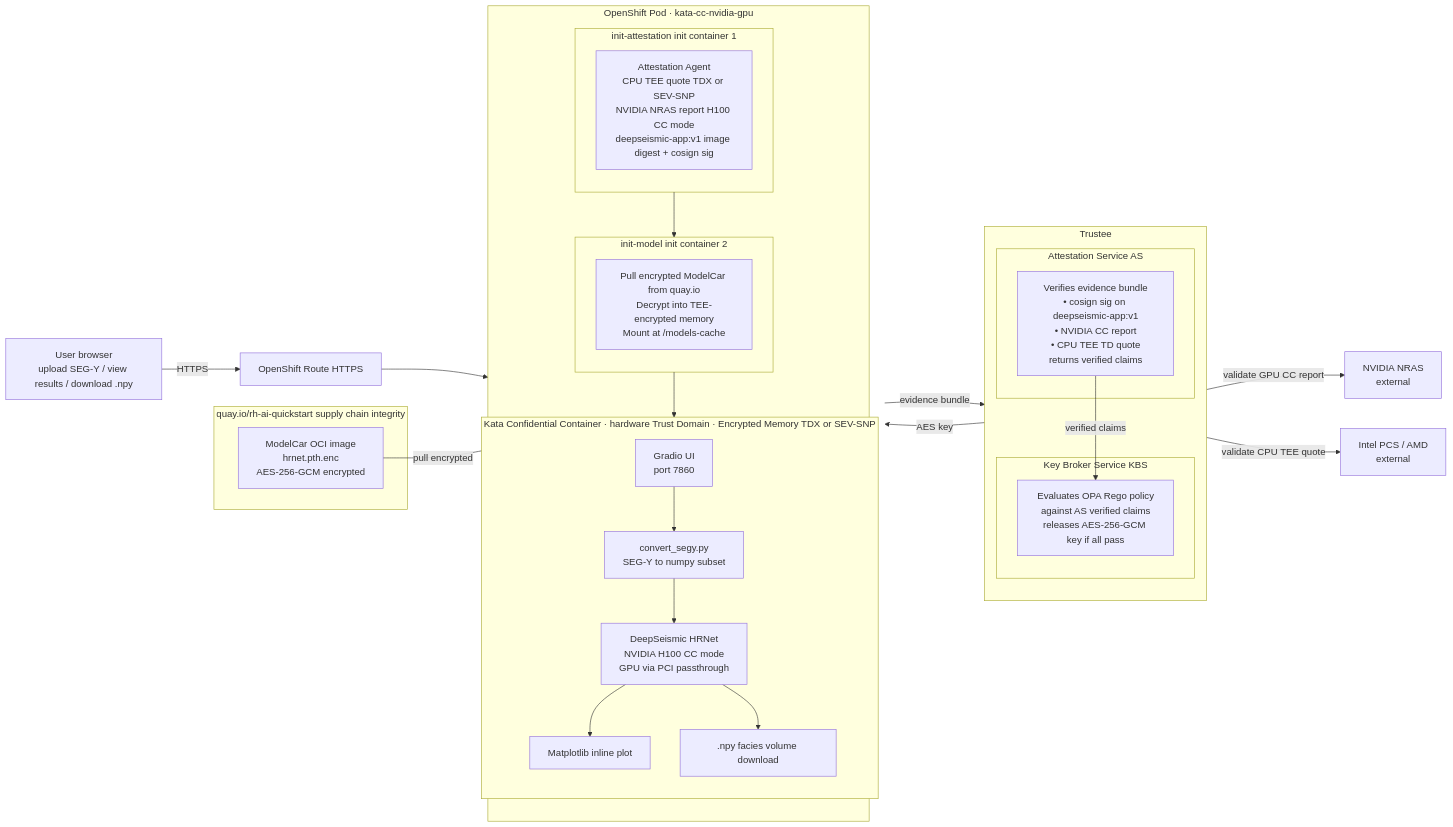
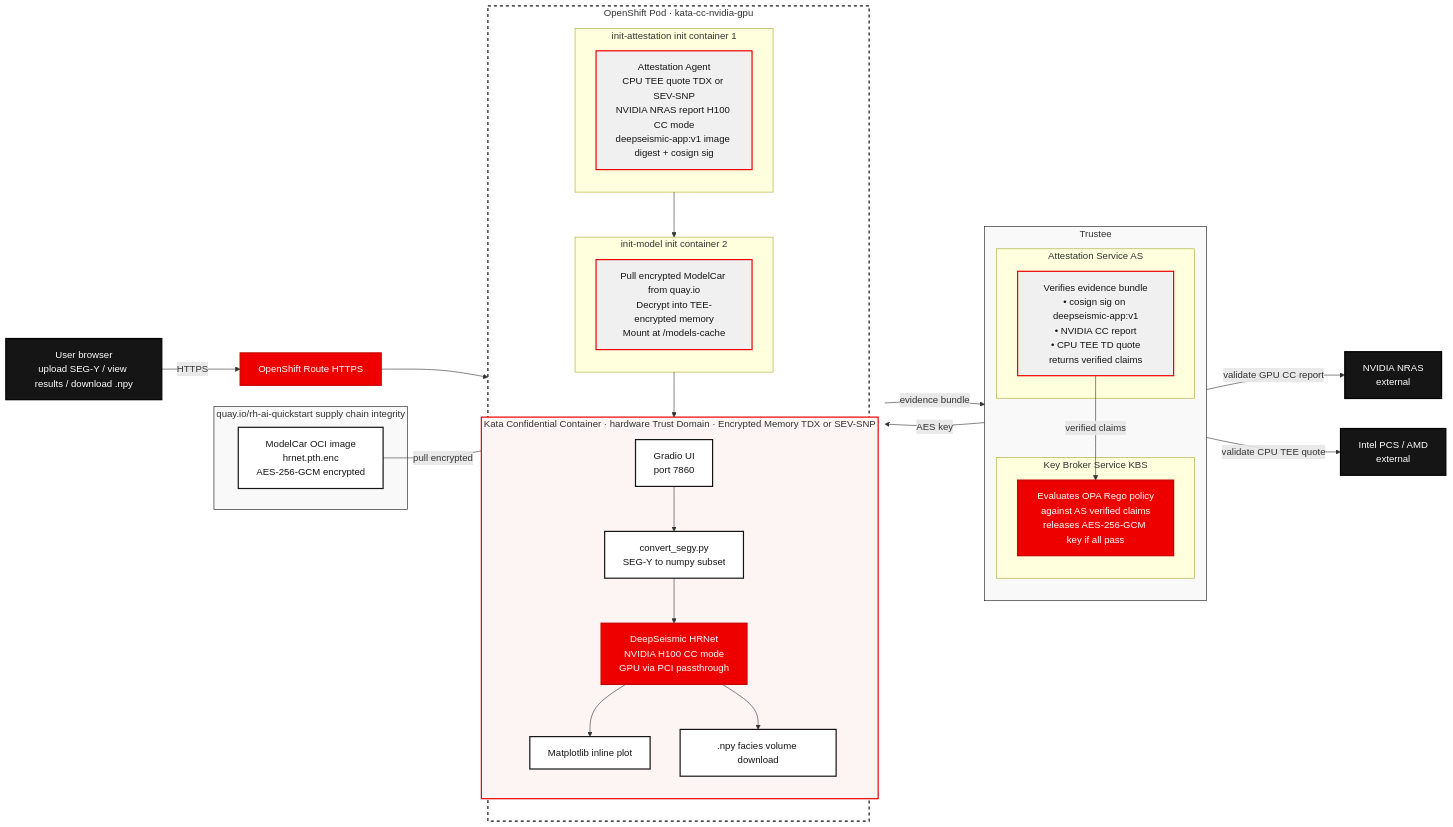
One commit to lkatalin/confidential-gpu-accelerated-seismic-interpretation changed the diagram in README.md. Above: the diagram before and after it, drawn with Mermaid.

Commit message:
feat: add mermain formatting from Matthew

````diff
--- a/README.md
+++ b/README.md
@@ -125,51 +125,63 @@
 ```mermaid
 flowchart LR
-    Browser["User browser\nupload SEG-Y / view results / download .npy"]
-    Route["OpenShift Route HTTPS"]
+    %% Red Hat Class Definitions
+    classDef default fill:#F0F0F0,stroke:#EE0000,stroke-width:2px,color:#151515;
+    classDef rhRed fill:#EE0000,stroke:#C90000,stroke-width:2px,color:#FFFFFF;
+    classDef rhBlack fill:#151515,stroke:#000000,stroke-width:2px,color:#FFFFFF;
+    classDef rhOutline fill:#FFFFFF,stroke:#151515,stroke-width:2px,color:#151515;
+
+    Browser["User browser\nupload SEG-Y / view results / download .npy"]:::rhBlack
+    Route["OpenShift Route HTTPS"]:::rhRed
     Browser -->|HTTPS| Route
 
     subgraph Quay["quay.io/rh-ai-quickstart  supply chain integrity"]
-        ModelCar["ModelCar OCI image\nhrnet.pth.enc\nAES-256-GCM encrypted"]
+        ModelCar["ModelCar OCI image\nhrnet.pth.enc\nAES-256-GCM encrypted"]:::rhOutline
     end
 
     subgraph Trustee["Trustee"]
         direction TB
         subgraph AS["Attestation Service AS"]
-            ASVerify["Verifies evidence bundle\n• cosign sig on deepseismic-app:v1\n• NVIDIA CC report\n• CPU TEE TD quote\nreturns verified claims"]
+            ASVerify["Verifies evidence bundle\n• cosign sig on deepseismic-app:v1\n• NVIDIA CC report\n• CPU TEE TD quote\nreturns verified claims"]:::default
         end
         subgraph KBS["Key Broker Service KBS"]
-            KBSPolicy["Evaluates OPA Rego policy\nagainst AS verified claims\nreleases AES-256-GCM key if all pass"]
+            KBSPolicy["Evaluates OPA Rego policy\nagainst AS verified claims\nreleases AES-256-GCM key if all pass"]:::rhRed
         end
         ASVerify -->|verified claims| KBSPolicy
     end
 
-    NRAS["NVIDIA NRAS\nexternal"]
-    PCS["Intel PCS / AMD\nexternal"]
+    NRAS["NVIDIA NRAS\nexternal"]:::rhBlack
+    PCS["Intel PCS / AMD\nexternal"]:::rhBlack
     ASVerify -->|validate GPU CC report| NRAS
     ASVerify -->|validate CPU TEE quote| PCS
 
     subgraph Pod["OpenShift Pod · kata-cc-nvidia-gpu"]
         direction TB
         subgraph Init1["init-attestation  init container 1"]
-            Agent["Attestation Agent\nCPU TEE quote TDX or SEV-SNP\nNVIDIA NRAS report H100 CC mode\ndeepseismic-app:v1 image digest + cosign sig"]
+            Agent["Attestation Agent\nCPU TEE quote TDX or SEV-SNP\nNVIDIA NRAS report H100 CC mode\ndeepseismic-app:v1 image digest + cosign sig"]:::default
         end
         subgraph Init2["init-model  init container 2"]
-            ModelPull["Pull encrypted ModelCar from quay.io\nDecrypt into TEE-encrypted memory\nMount at /models-cache"]
+            ModelPull["Pull encrypted ModelCar from quay.io\nDecrypt into TEE-encrypted memory\nMount at /models-cache"]:::default
         end
         subgraph CC["Kata Confidential Container · hardware Trust Domain · Encrypted Memory TDX or SEV-SNP"]
-            Gradio["Gradio UI\nport 7860"]
-            Convert["convert_segy.py\nSEG-Y to numpy subset"]
-            DeepSeismic["DeepSeismic HRNet\nNVIDIA H100 CC mode\nGPU via PCI passthrough"]
-            Plot["Matplotlib inline plot"]
-            NPY[".npy facies volume download"]
+            Gradio["Gradio UI\nport 7860"]:::rhOutline
+            Convert["convert_segy.py\nSEG-Y to numpy subset"]:::rhOutline
+            DeepSeismic["DeepSeismic HRNet\nNVIDIA H100 CC mode\nGPU via PCI passthrough"]:::rhRed
+            Plot["Matplotlib inline plot"]:::rhOutline
+            NPY[".npy facies volume download"]:::rhOutline
         end
         Init1 --> Init2 --> CC
         Gradio --> Convert --> DeepSeismic --> Plot
         DeepSeismic --> NPY
     end
 
     Route --> Gradio
     Agent -->|evidence bundle| AS
     KBSPolicy -->|AES key| Init1
     ModelCar -->|pull encrypted| ModelPull
+
+    %% Subgraph Styling for cleaner boundaries
+    style Pod fill:#ffffff,stroke:#151515,stroke-width:2px,stroke-dasharray: 5 5
+    style CC fill:#fdf4f4,stroke:#EE0000,stroke-width:2px
+    style Trustee fill:#f9f9f9,stroke:#151515,stroke-width:1px
+    style Quay fill:#f9f9f9,stroke:#151515,stroke-width:1px
 ```
````
